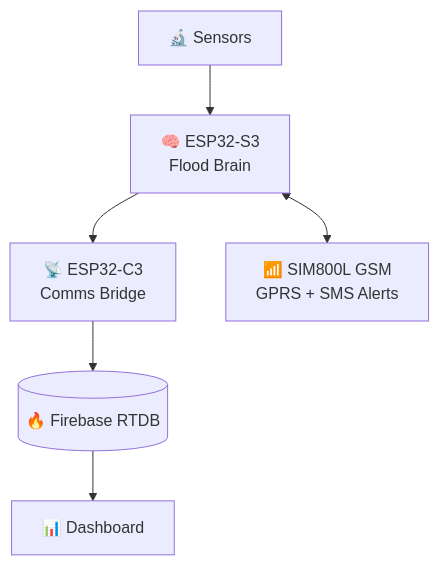
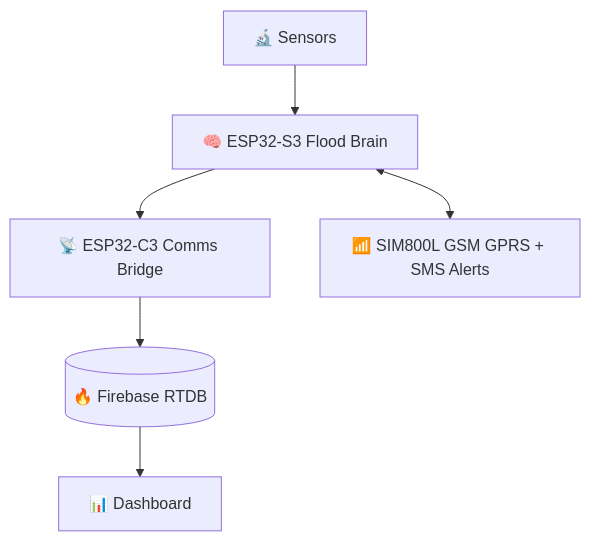
One commit to jden-art/Varuna changed the first of 10 diagrams in README.md. Above: the diagram before and after it, drawn with Mermaid. The commit also changed other lines of this file, not shown here.

````diff
--- a/README.md
+++ b/README.md
@@ -45,8 +46,8 @@
 ```mermaid
 flowchart TD
-    A[🔬 Sensors] --> B[🧠 ESP32-S3\nFlood Brain]
-    B --> C[📡 ESP32-C3\nComms Bridge]
-    B <--> D[📶 SIM800L GSM\nGPRS + SMS Alerts]
+    A[🔬 Sensors] --> B[🧠 ESP32-S3 Flood Brain]
+    B --> C[📡 ESP32-C3 Comms Bridge]
+    B <--> D[📶 SIM800L GSM GPRS + SMS Alerts]
     C --> E[(🔥 Firebase RTDB)]
     E --> F[📊 Dashboard]
 ```
````
